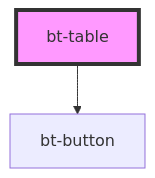
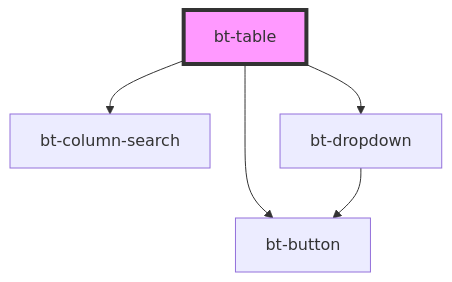
Before and after one commit to scbigtech/components: the diagram in src/components/bt-table/readme.md, drawn with Mermaid. The commit also changed other lines of this file and 14 other files, not shown here.

````diff
--- a/src/components/bt-table/readme.md
+++ b/src/components/bt-table/readme.md
@@ -82,5 +95,8 @@
 ```mermaid
 graph TD;
   bt-table --> bt-button
+  bt-table --> bt-column-search
+  bt-table --> bt-dropdown
+  bt-dropdown --> bt-button
   style bt-table fill:#f9f,stroke:#333,stroke-width:4px
 ```
````
